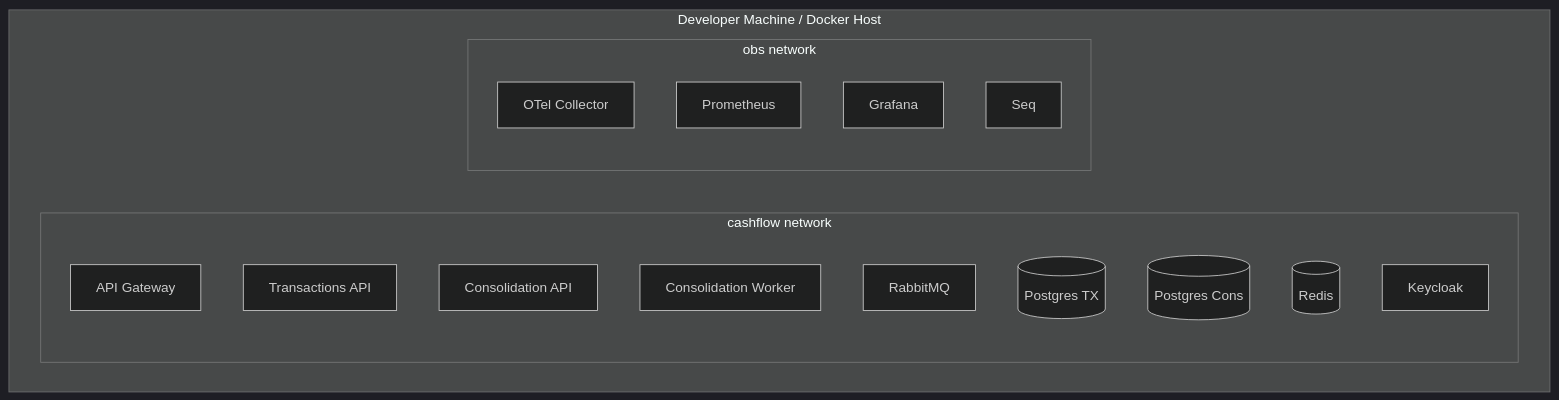
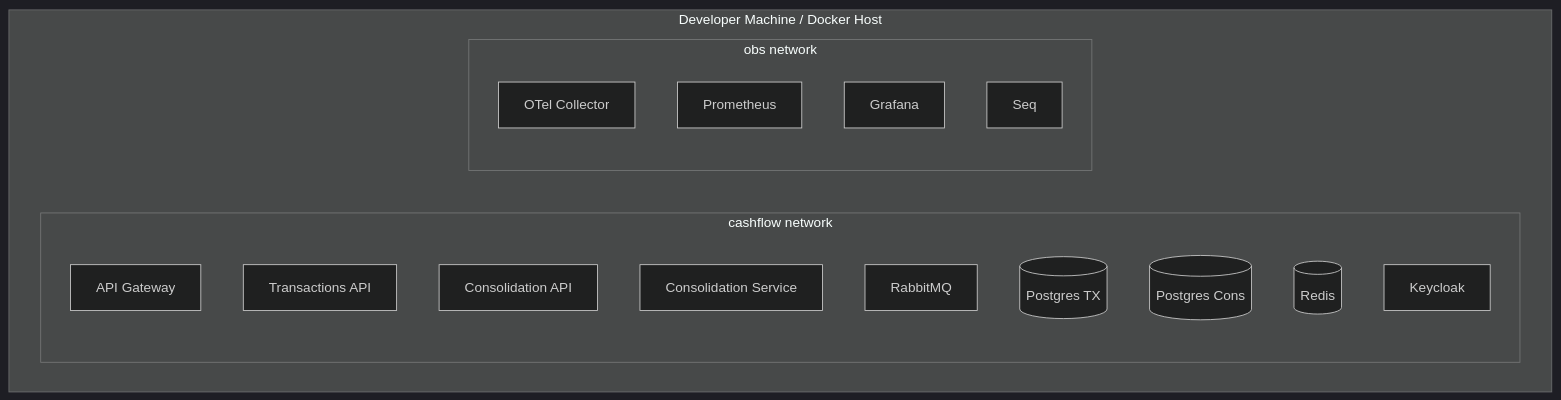
One commit to vldmatos/Daily-Cash-Flow changed the first of 4 diagrams in docs/architecture/deployment.md. Above: the diagram before and after it, drawn with Mermaid (dark theme). The commit also changed other lines of this file and 84 other files, not shown here.

First line of the commit message:
[feat]: applications from architecture for CashFlow

````diff
--- a/docs/architecture/deployment.md
+++ b/docs/architecture/deployment.md
@@ -9,23 +9,23 @@
 ```mermaid
 flowchart LR
     subgraph host [Developer Machine / Docker Host]
         direction LR
         subgraph cashflow [cashflow network]
             gw[API Gateway]
             tx[Transactions API]
             cons[Consolidation API]
-            wk[Consolidation Worker]
+            wk[Consolidation Service]
             mq[RabbitMQ]
             txDb[(Postgres TX)]
             consDb[(Postgres Cons)]
             redis[(Redis)]
             kc[Keycloak]
         end
         subgraph obs [obs network]
             otel[OTel Collector]
             prom[Prometheus]
             graf[Grafana]
             seq[Seq]
         end
     end
 ```
````
